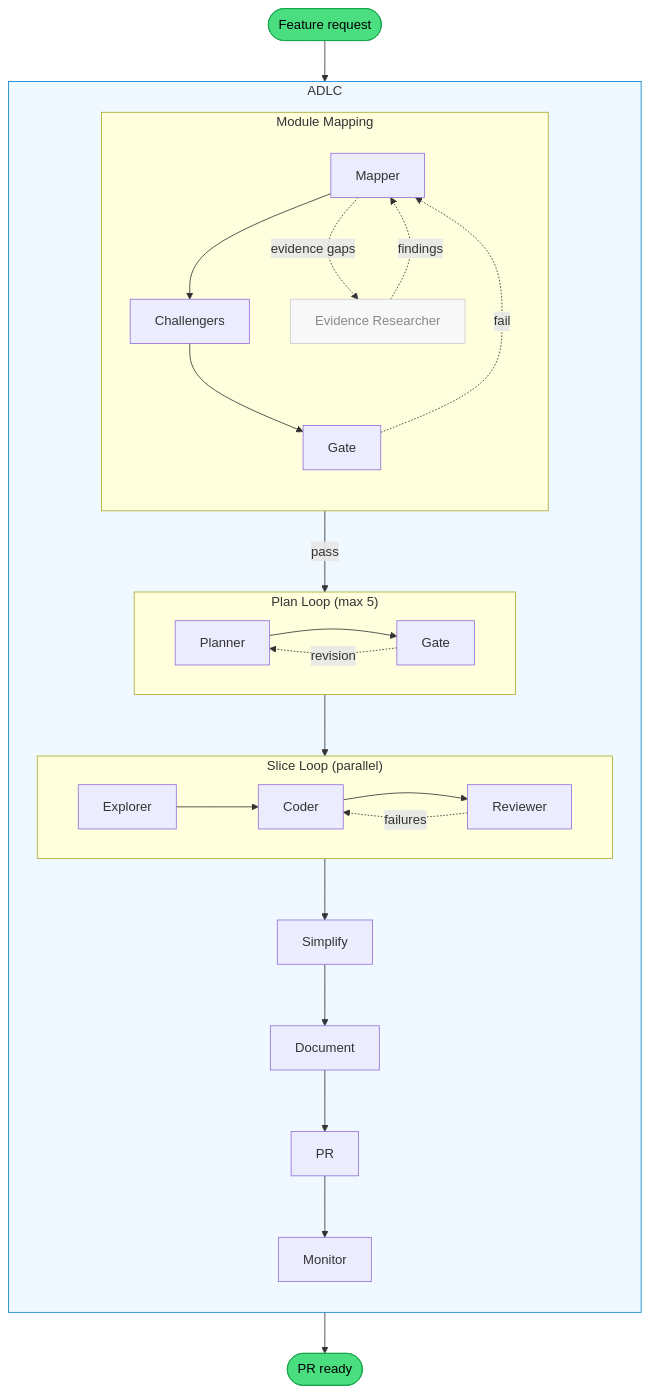
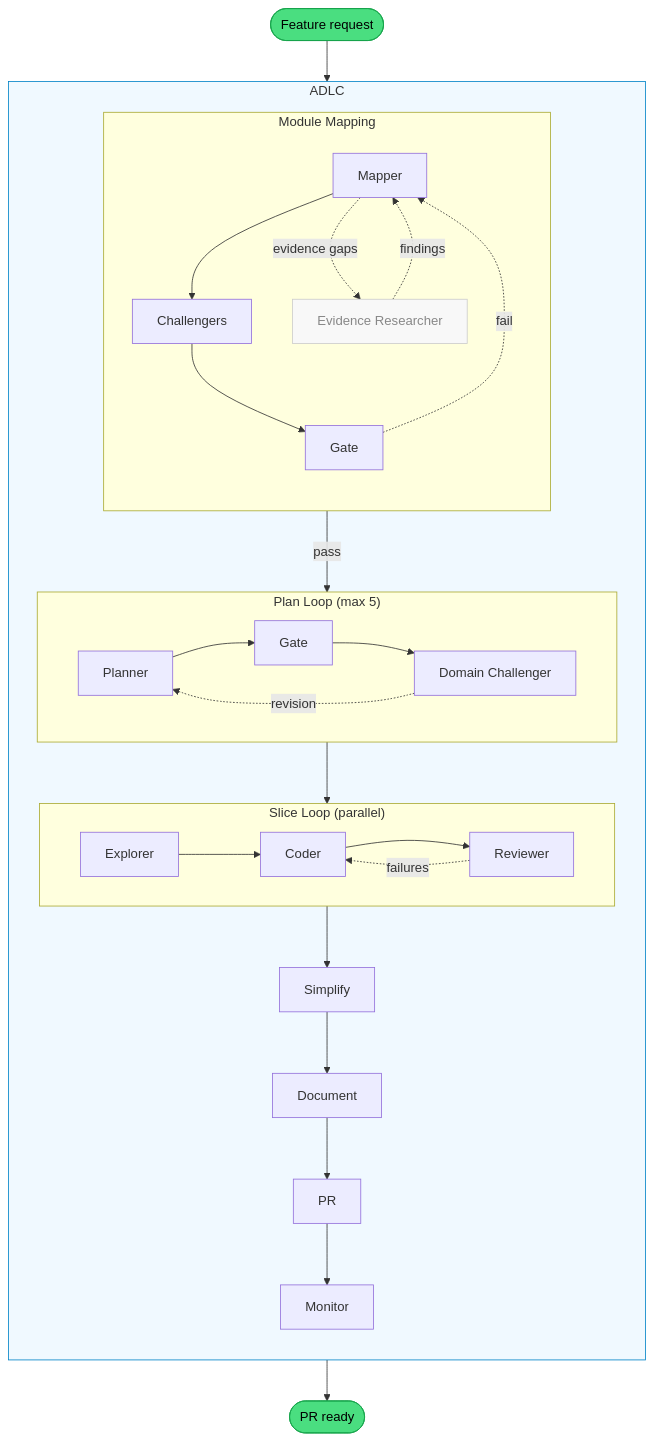
One commit to patricklafrance/plantz-claude-v3 changed the diagram in README.md. Above: the diagram before and after it, drawn with Mermaid. The commit also changed other lines of this file and 6 other files, not shown here.

Commit message:
feat: add domain-challenger agent to orchestrate adversarial challenge team and return verdict

````diff
--- a/README.md
+++ b/README.md
@@ -19,40 +19,40 @@
 ```mermaid
 flowchart TD
     Start([Feature request]) --> Mapper
 
     subgraph Coord["ADLC"]
         direction TB
 
         subgraph ModuleMap["Module Mapping"]
             direction TB
             Mapper --> Challengers --> Gate
             Mapper -. "evidence gaps" .-> Evidence["Evidence Researcher"] -. findings .-> Mapper
             Gate -. "fail" .-> Mapper
         end
 
         Gate -- "pass" --> PlanLoop
 
         subgraph PlanLoop["Plan Loop (max 5)"]
             direction LR
-            Planner --> PlanGate["Gate"]
-            PlanGate -. "revision" .-> Planner
+            Planner --> PlanGate["Gate"] --> Challenge["Domain Challenger"]
+            Challenge -. "revision" .-> Planner
         end
 
         PlanLoop --> SliceLoop
 
         subgraph SliceLoop["Slice Loop (parallel)"]
             direction LR
             Explorer --> Coder --> Reviewer
             Reviewer -. "failures" .-> Coder
         end
 
         SliceLoop --> Simplify --> Document --> PR --> Monitor
     end
 
     Monitor --> Done([PR ready])
 
     style Start fill:#4ade80,stroke:#16a34a,color:#000
     style Done fill:#4ade80,stroke:#16a34a,color:#000
     style Coord fill:#f0f9ff,stroke:#0284c7
     style Evidence fill:#f8f8f8,stroke:#ccc,color:#888
 ```
````
